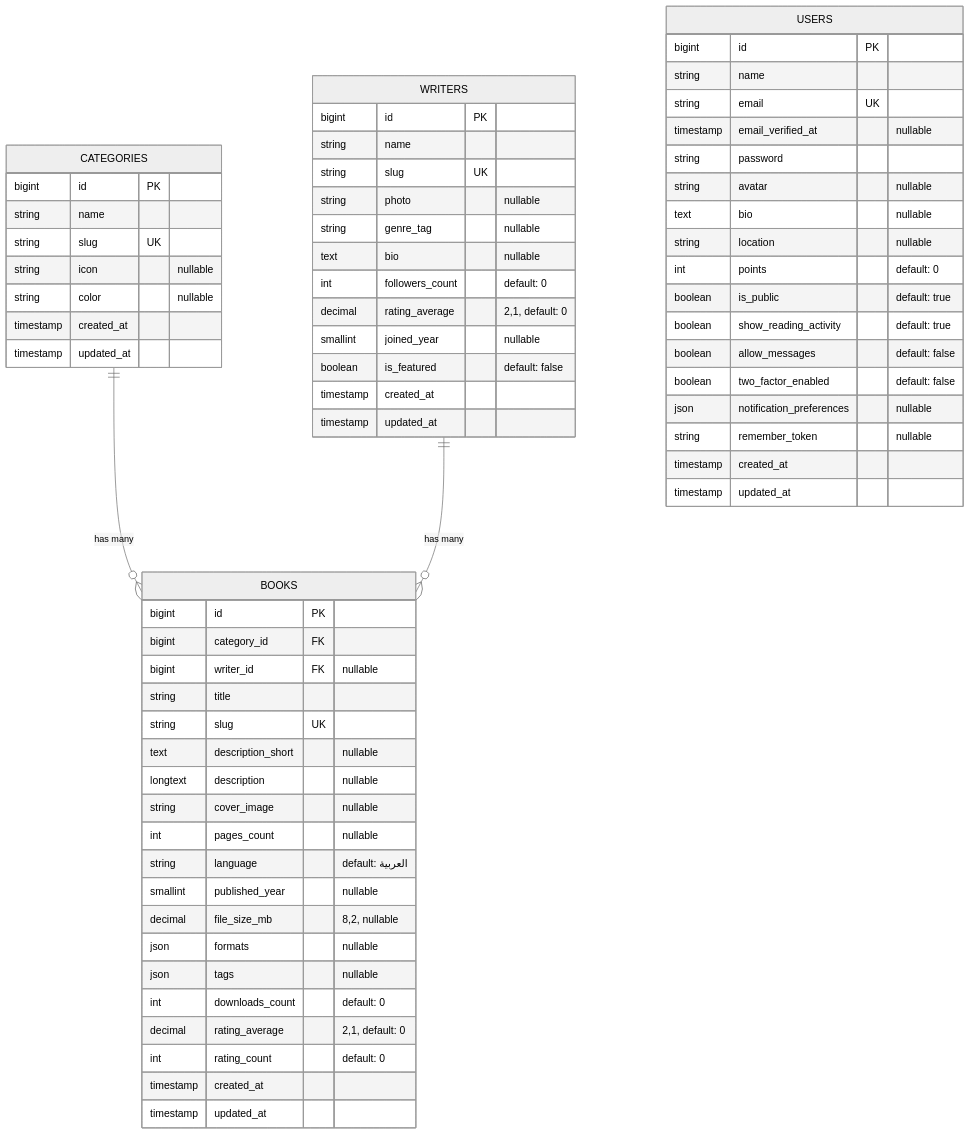
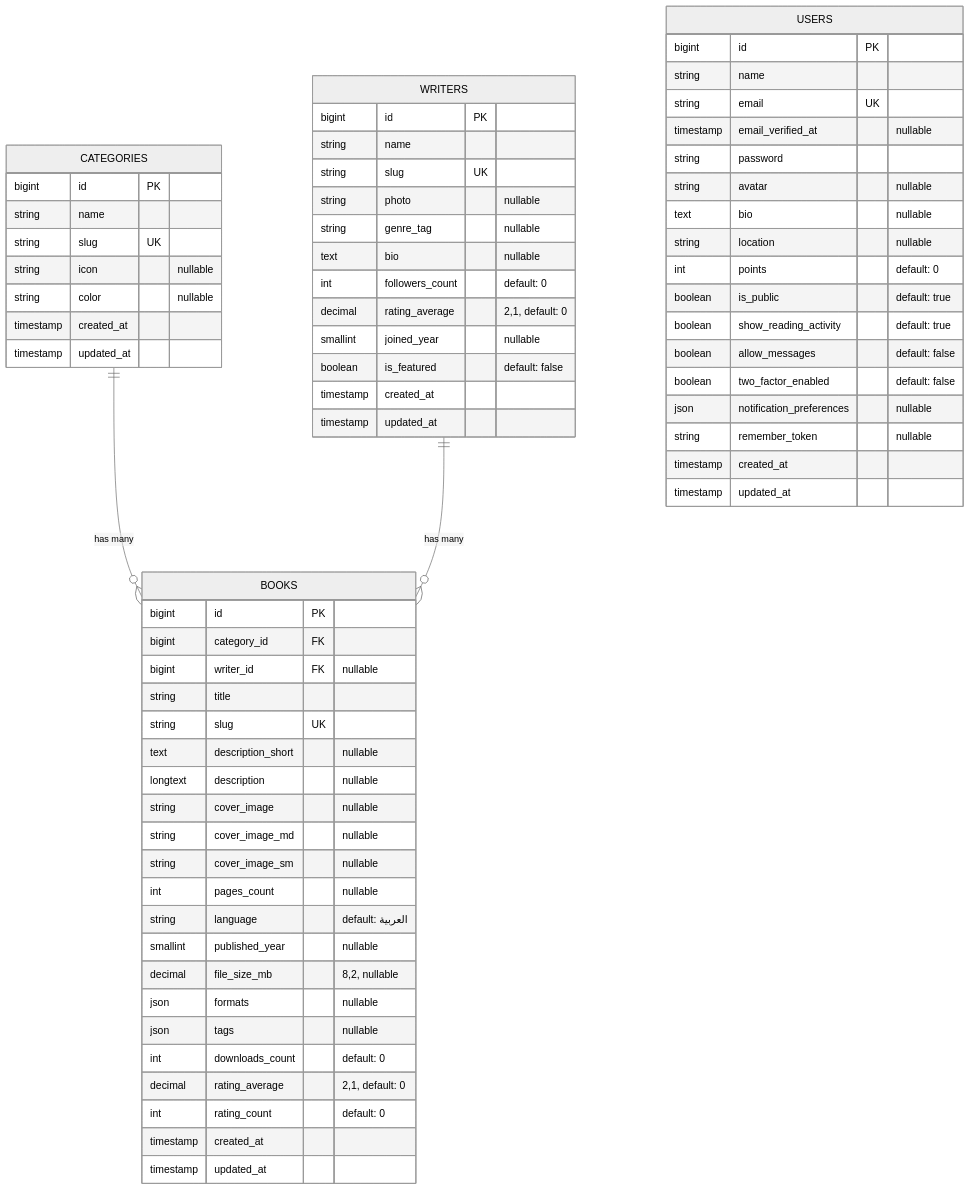
Before and after one commit to hamdaouiwassim/nootabooks-reader: the diagram in DATABASE.md, drawn with Mermaid (neutral theme). The commit also changed other lines of this file and 19 other files, not shown here.

````diff
--- a/DATABASE.md
+++ b/DATABASE.md
@@ -7,72 +7,74 @@
 ```mermaid
 erDiagram
     CATEGORIES ||--o{ BOOKS : "has many"
     WRITERS ||--o{ BOOKS : "has many"
 
     CATEGORIES {
         bigint id PK
         string name
         string slug UK
         string icon "nullable"
         string color "nullable"
         timestamp created_at
         timestamp updated_at
     }
 
     WRITERS {
         bigint id PK
         string name
         string slug UK
         string photo "nullable"
         string genre_tag "nullable"
         text bio "nullable"
         int followers_count "default: 0"
         decimal rating_average "2,1, default: 0"
         smallint joined_year "nullable"
         boolean is_featured "default: false"
         timestamp created_at
         timestamp updated_at
     }
 
     BOOKS {
         bigint id PK
         bigint category_id FK
         bigint writer_id FK "nullable"
         string title
         string slug UK
         text description_short "nullable"
         longtext description "nullable"
         string cover_image "nullable"
+        string cover_image_md "nullable"
+        string cover_image_sm "nullable"
         int pages_count "nullable"
         string language "default: العربية"
         smallint published_year "nullable"
         decimal file_size_mb "8,2, nullable"
         json formats "nullable"
         json tags "nullable"
         int downloads_count "default: 0"
         decimal rating_average "2,1, default: 0"
         int rating_count "default: 0"
         timestamp created_at
         timestamp updated_at
     }
 
     USERS {
         bigint id PK
         string name
         string email UK
         timestamp email_verified_at "nullable"
         string password
         string avatar "nullable"
         text bio "nullable"
         string location "nullable"
         int points "default: 0"
         boolean is_public "default: true"
         boolean show_reading_activity "default: true"
         boolean allow_messages "default: false"
         boolean two_factor_enabled "default: false"
         json notification_preferences "nullable"
         string remember_token "nullable"
         timestamp created_at
         timestamp updated_at
     }
 ```
````
